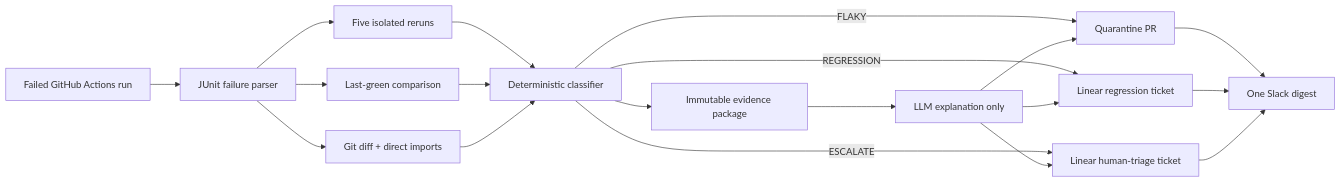
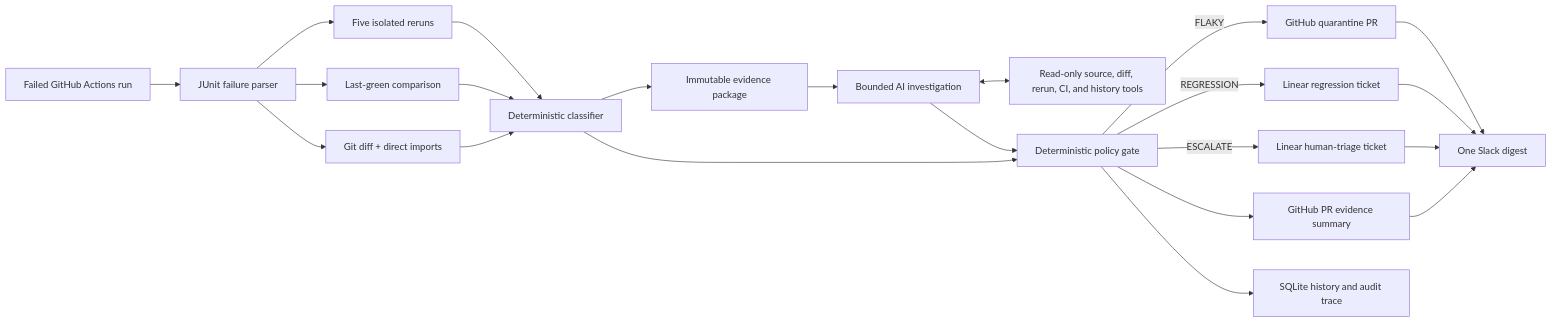
Before and after one commit to GreenTreeGaming/syft: the diagram in docs/system-reliability-brief.md, drawn with Mermaid. The commit also changed 2 other files, not shown here.

Commit message:
Polish agent documentation

````diff
--- a/docs/system-reliability-brief.md
+++ b/docs/system-reliability-brief.md
@@ -14,21 +14,24 @@
 ```mermaid
 flowchart LR
     A[Failed GitHub Actions run] --> B[JUnit failure parser]
     B --> C[Five isolated reruns]
     B --> D[Last-green comparison]
     B --> E[Git diff + direct imports]
     C --> F[Deterministic classifier]
     D --> F
     E --> F
-    F -->|FLAKY| G[Quarantine PR]
-    F -->|REGRESSION| H[Linear regression ticket]
-    F -->|ESCALATE| I[Linear human-triage ticket]
     F --> J[Immutable evidence package]
-    J --> K[LLM explanation only]
+    J --> K[Bounded AI investigation]
+    K <--> T[Read-only source, diff, rerun, CI, and history tools]
+    F --> P[Deterministic policy gate]
+    K --> P
+    P -->|FLAKY| G[GitHub quarantine PR]
+    P -->|REGRESSION| H[Linear regression ticket]
+    P -->|ESCALATE| I[Linear human-triage ticket]
+    P --> Q[GitHub PR evidence summary]
     G --> L[One Slack digest]
     H --> L
     I --> L
-    K --> G
-    K --> H
-    K --> I
+    Q --> L
+    P --> M[SQLite history and audit trace]
 ```
````
